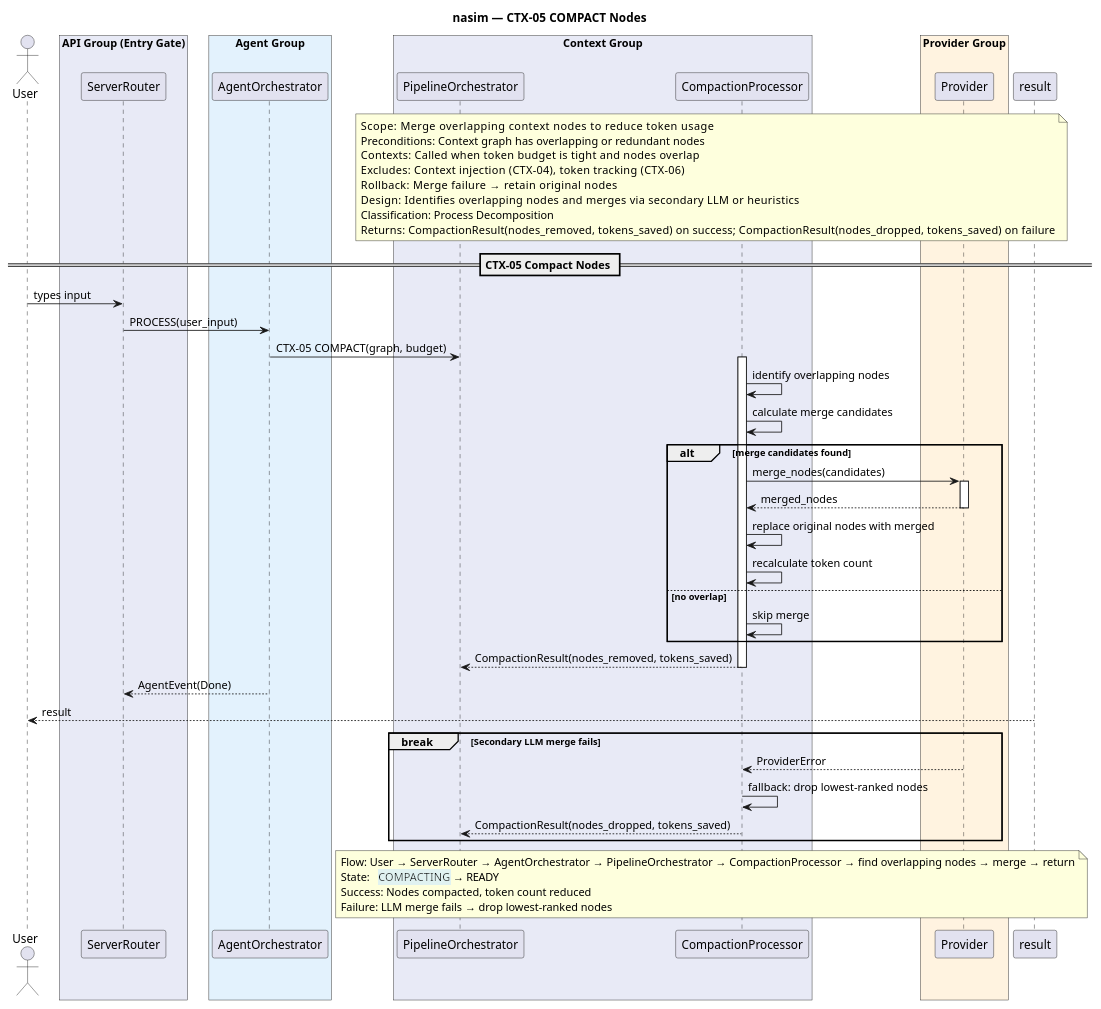
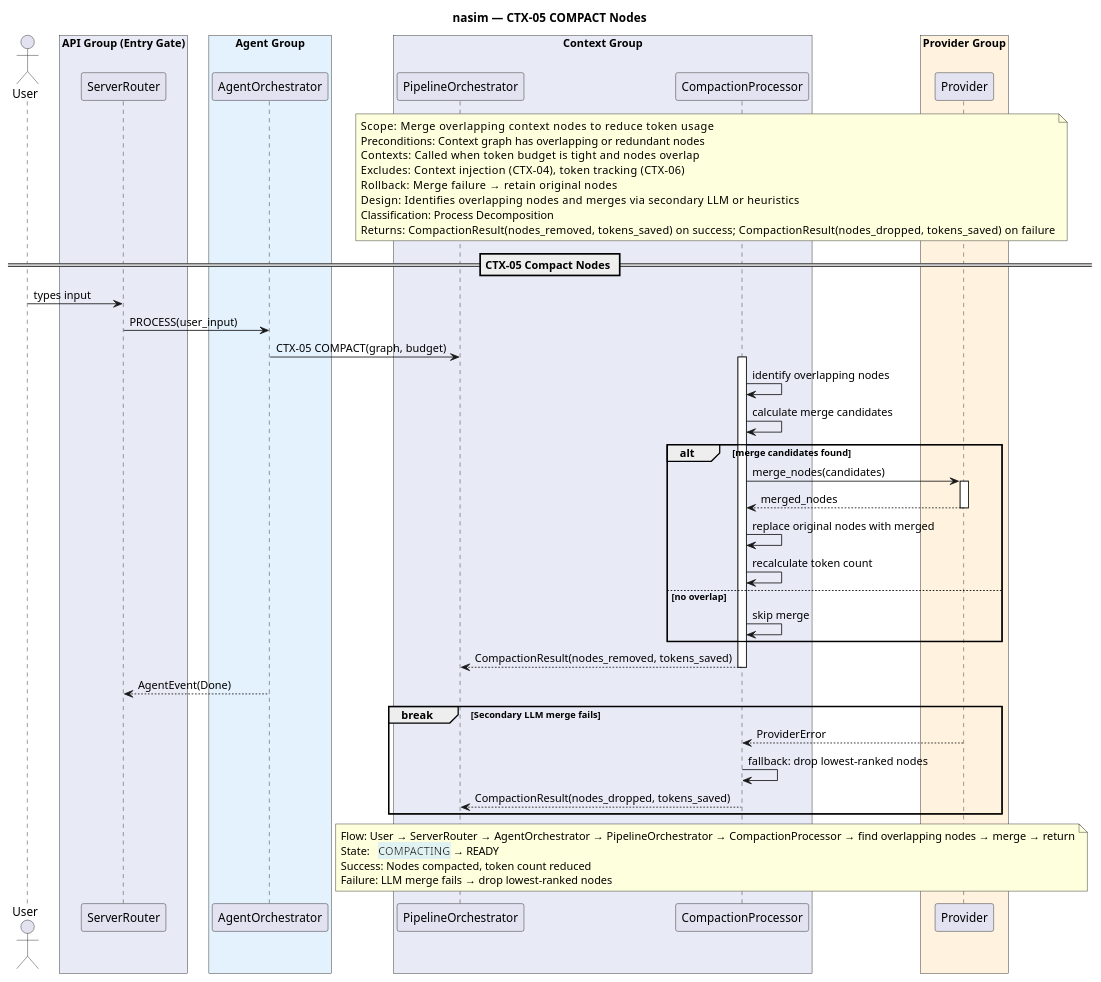
The diagram in docs/SQ/CTX/sq_ctx05_compact_nodes.puml (salimnamvar/nasim), drawn with PlantUML before and after one commit. The commit also changed 133 other files, not shown here.

First line of the commit message:
docs: Refactor sequence diagrams and update documentation for session management and tool operations

```diff
--- a/docs/SQ/CTX/sq_ctx05_compact_nodes.puml
+++ b/docs/SQ/CTX/sq_ctx05_compact_nodes.puml
@@ -1,82 +1,81 @@
 @startuml sq_ctx05_compact_nodes
 ' ============================================================
 ' Title:     CTX-05 — Compact Nodes
 ' Boundary:  nasim code agent CLI
 ' Purpose:   Merge overlapping context nodes to reduce token usage
 ' Milestone: v1.0
 ' Version:   9.1.0
 ' Source:    CAR refinement loop — API-First transformation
 ' Review:    docs/SQ/README.md
 ' ============================================================
 
 title nasim — CTX-05 COMPACT Nodes
 
 actor "User" as user
 
 box "API Group (Entry Gate)" #E8EAF6
   participant "ServerRouter" as router
 end box
 box "Agent Group" #E3F2FD
   participant "AgentOrchestrator" as agent
 end box
 box "Context Group" #E8EAF6
   participant "PipelineOrchestrator" as pipe
   participant "CompactionProcessor" as comp
 end box
 box "Provider Group" #FFF3E0
   participant "Provider" as provider
 end box
 
 note over pipe, provider
   Scope:          Merge overlapping context nodes to reduce token usage
   Preconditions:  Context graph has overlapping or redundant nodes
   Contexts:       Called when token budget is tight and nodes overlap
   Excludes:       Context injection (CTX-04), token tracking (CTX-06)
   Rollback:       Merge failure → retain original nodes
   Design:         Identifies overlapping nodes and merges via secondary LLM or heuristics
   Classification: Process Decomposition
   Returns:        CompactionResult(nodes_removed, tokens_saved) on success; CompactionResult(nodes_dropped, tokens_saved) on failure
 end note
 
 == CTX-05 Compact Nodes ==
 
 user -> router : types input
 router -> agent : PROCESS(user_input)
 agent -> pipe : CTX-05 COMPACT(graph, budget)
 activate comp
 
 comp -> comp : identify overlapping nodes
 comp -> comp : calculate merge candidates
 
 alt merge candidates found
     comp -> provider : merge_nodes(candidates)
     activate provider
     provider --> comp : merged_nodes
     deactivate provider
 
     comp -> comp : replace original nodes with merged
     comp -> comp : recalculate token count
 else no overlap
     comp -> comp : skip merge
 end
 
 comp --> pipe : CompactionResult(nodes_removed, tokens_saved)
 deactivate comp
 
 agent --> router : AgentEvent(Done)
-result --> user : result
 
 break Secondary LLM merge fails
     provider --> comp : ProviderError
     comp -> comp : fallback: drop lowest-ranked nodes
     comp --> pipe : CompactionResult(nodes_dropped, tokens_saved)
 end
 
 note over pipe, provider
   Flow:    User → ServerRouter → AgentOrchestrator → PipelineOrchestrator → CompactionProcessor → find overlapping nodes → merge → return
   State:   <back:#E0F2F1>COMPACTING</back> → READY
   Success: Nodes compacted, token count reduced
   Failure: LLM merge fails → drop lowest-ranked nodes
 end note
 
 @enduml
```
